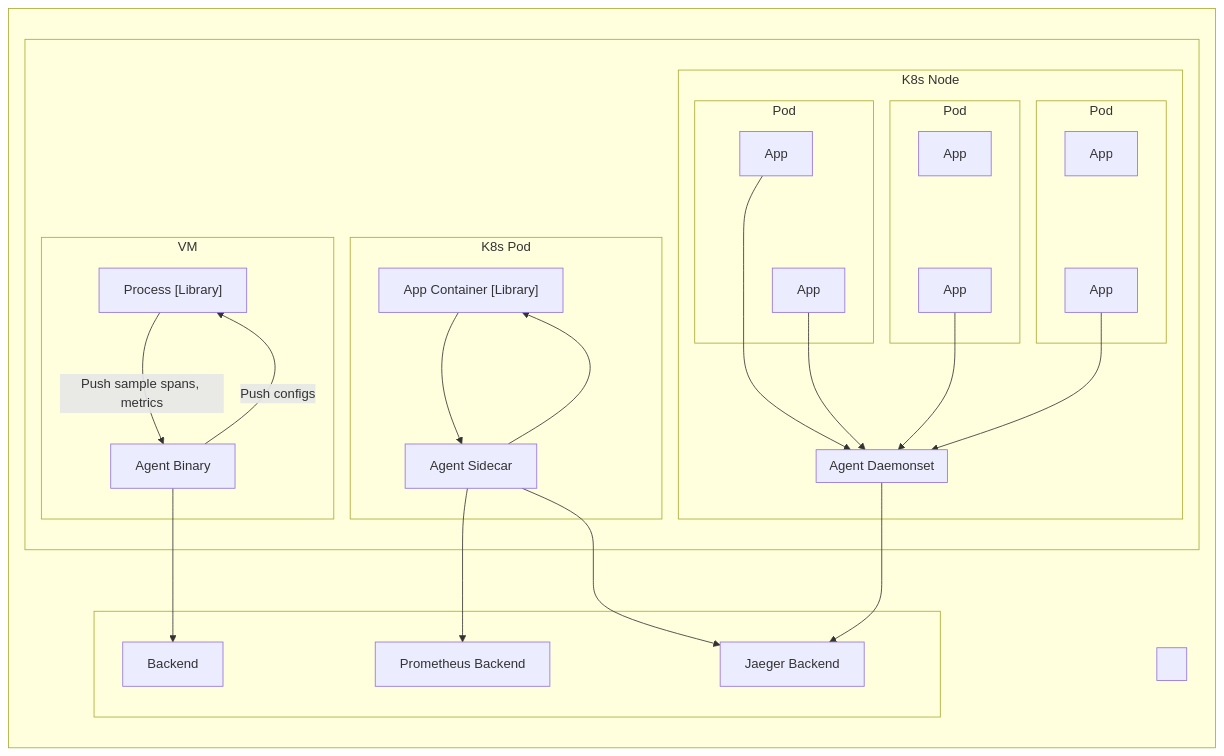
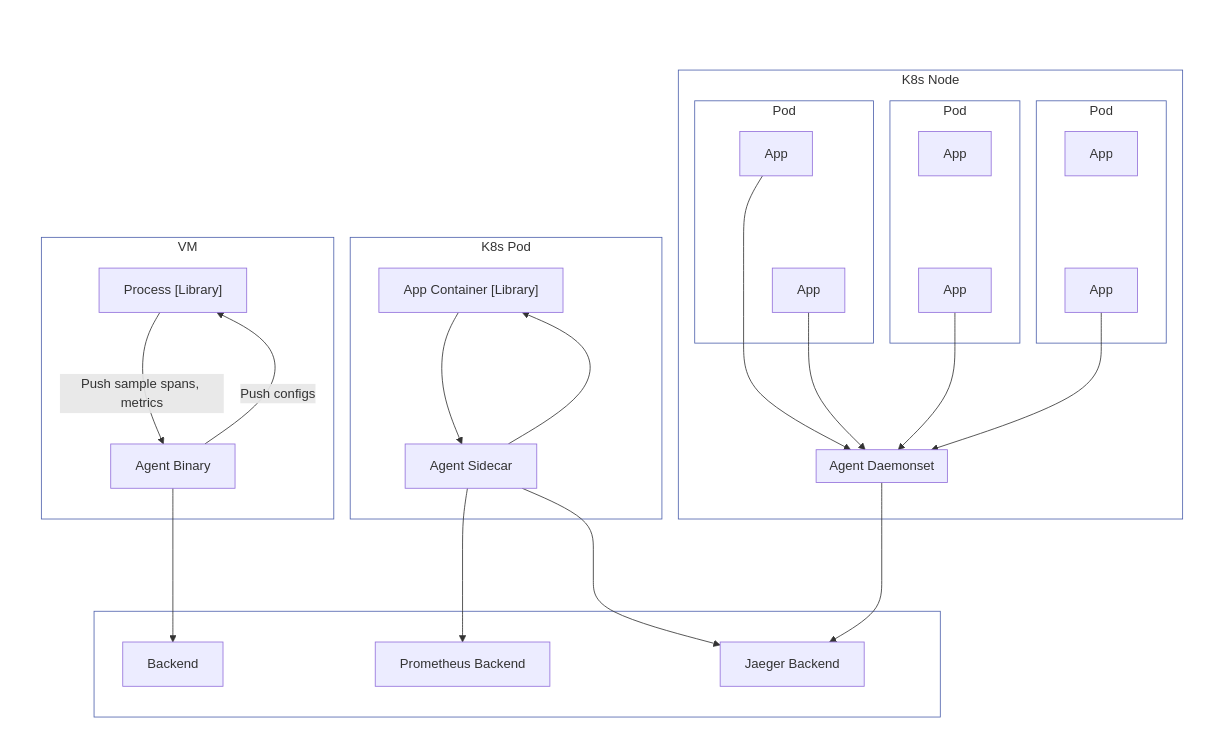
Before and after one commit to open-telemetry/opentelemetry.io: the sixth of 6 diagrams in content/en/docs/collector/architecture.md, drawn with Mermaid.

Commit message:
Neutralize formatting of Agent diagram

````diff
--- a/content/en/docs/collector/architecture.md
+++ b/content/en/docs/collector/architecture.md
@@ -310,40 +310,45 @@
 ```mermaid
 flowchart LR
     subgraph TOP ["#nbsp;"]
         subgraph Next ["#nbsp;"]
         end
         subgraph Middle ["#nbsp;"]
-        subgraph VM 
+        subgraph VM [VM]
             PR["Process [Library]"] -->|Push sample spans, metrics| AB[Agent Binary]
             AB -->|Push configs| PR
         end
-        subgraph K8s Pod
+        subgraph K8s-pod [K8s Pod]
             AC["`App Container [Library]`"] --> AS[Agent Sidecar]
             AS --> AC
         end
-        subgraph K8s Node
+        subgraph K8s-node [K8s Node]
             subgraph Pod1 [Pod]
                 APP1[App] ~~~ APP2[App]
             end
             subgraph Pod2 [Pod]
                 APP3[App] ~~~ APP4[App]
             end
             subgraph Pod3 [Pod]
                 APP5[App] ~~~ APP6[App]
             end
             subgraph AD [Agent Daemonset]
             end
             APP1 --> AD
             APP2 --> AD
             APP4 --> AD
             APP6 --> AD
         end
         end
         subgraph Backends ["#nbsp;"]
             AB --> BE[Backend]
             AS --> PRO[Prometheus Backend]
             AS --> JA[Jaeger Backend]
             AD --> JA
         end
     end
+
+class TOP,Next,Middle noLines;
+class VM,K8s-pod,K8s-node,Pod1,Pod2,Pod3,Backends withLines;
+classDef noLines fill:#fff,stroke:#fff,stroke-width:4px;
+classDef withLines fill:#fff,stroke:#4f62ad
 ```
````
